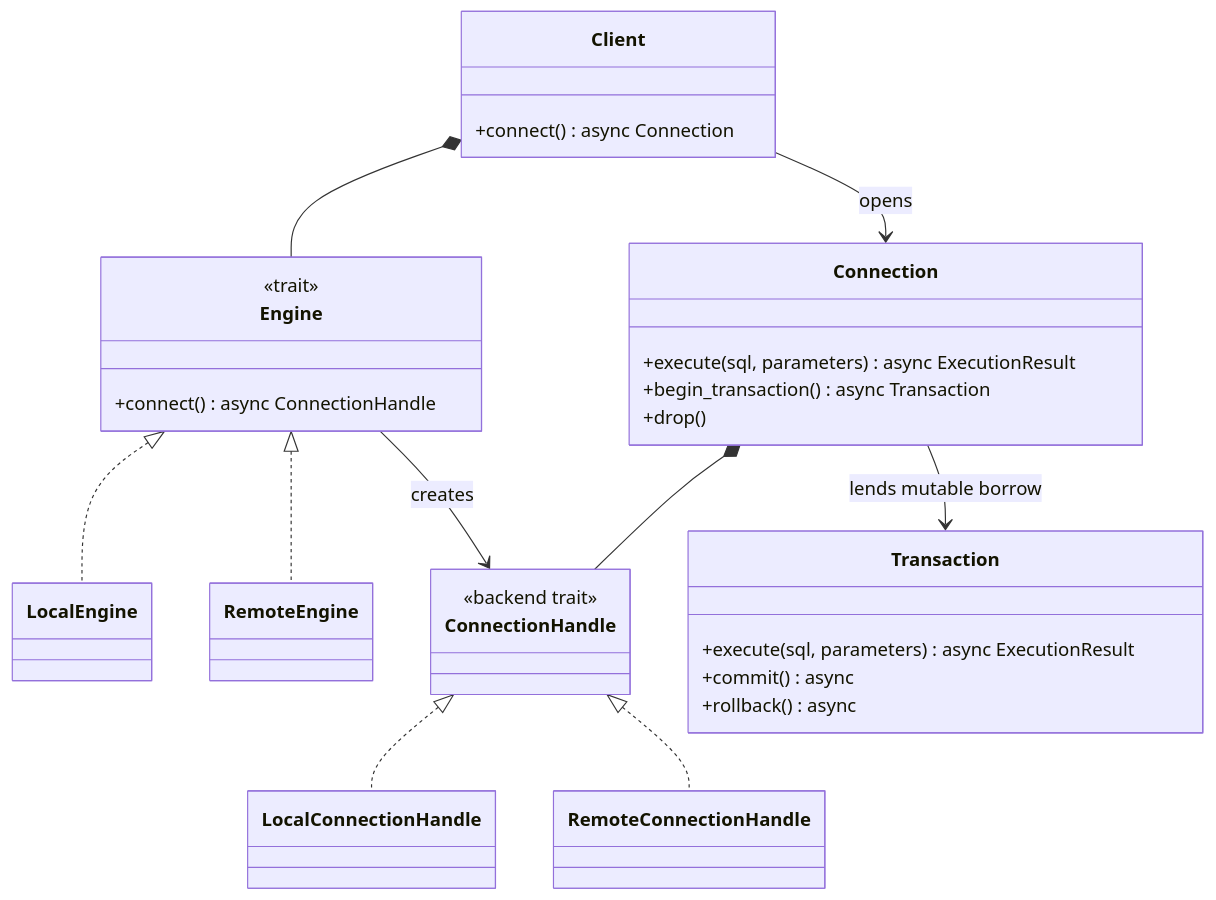
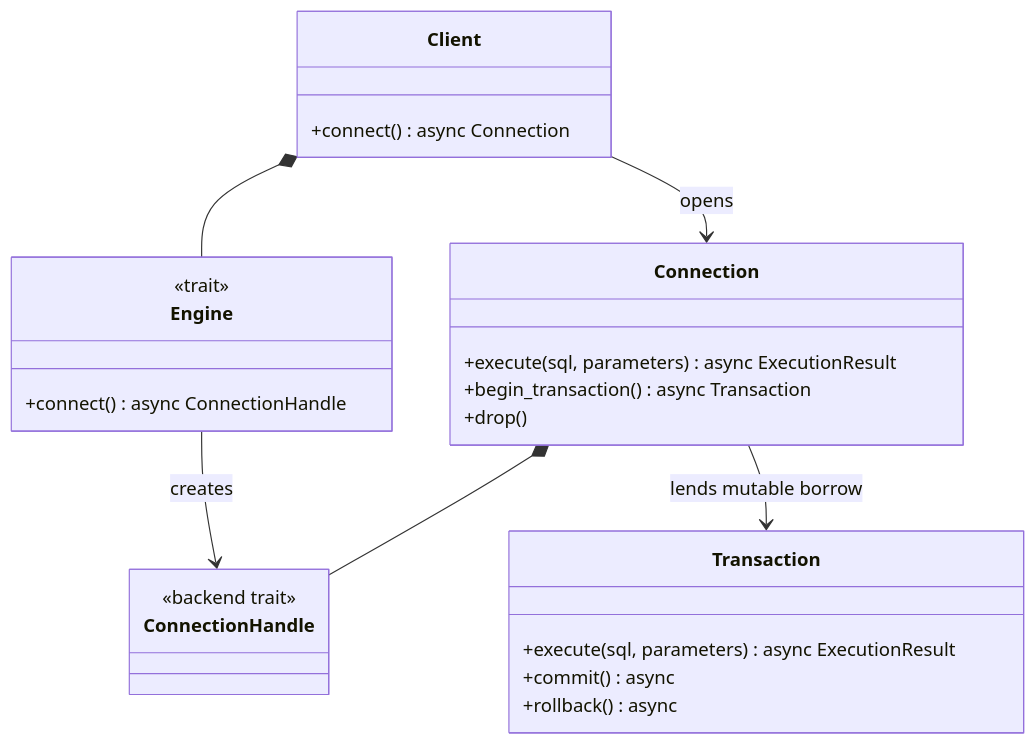
The second of 3 diagrams in docs/design/README.md (adityarao2005/database), drawn with Mermaid before and after one commit. The commit also changed other lines of this file and 2 other files, not shown here.

Commit message:
refactor: update local storage documentation; clarify connection handling and transaction management

````diff
--- a/docs/design/README.md
+++ b/docs/design/README.md
@@ -36,36 +36,28 @@
 ```mermaid
 classDiagram
     class Client {
         +connect() async Connection
     }
     class Engine {
         <<trait>>
         +connect() async ConnectionHandle
     }
-    class LocalEngine
-    class RemoteEngine
     class ConnectionHandle {
         <<backend trait>>
     }
-    class LocalConnectionHandle
-    class RemoteConnectionHandle
     class Connection {
         +execute(sql, parameters) async ExecutionResult
         +begin_transaction() async Transaction
         +drop()
     }
     class Transaction {
         +execute(sql, parameters) async ExecutionResult
         +commit() async
         +rollback() async
     }
-    Engine <|.. LocalEngine
-    Engine <|.. RemoteEngine
-    ConnectionHandle <|.. LocalConnectionHandle
-    ConnectionHandle <|.. RemoteConnectionHandle
     Client *-- Engine
     Client --> Connection : opens
     Engine --> ConnectionHandle : creates
     Connection *-- ConnectionHandle
     Connection --> Transaction : lends mutable borrow
 ```
````
